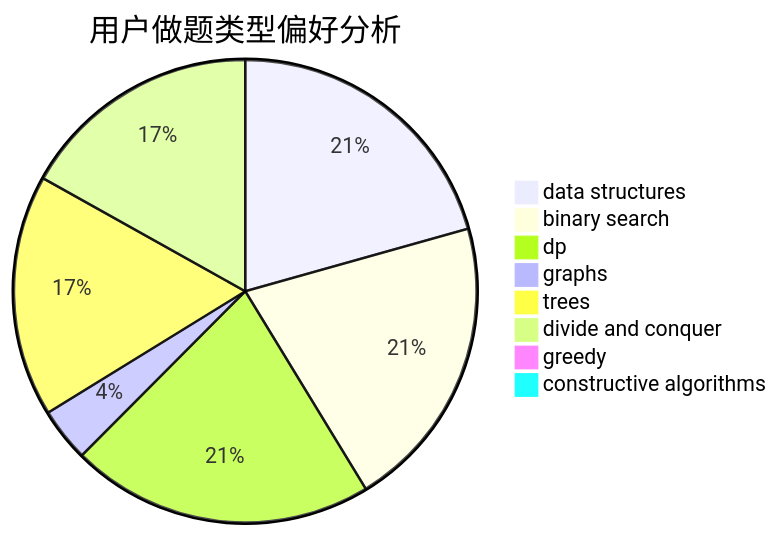
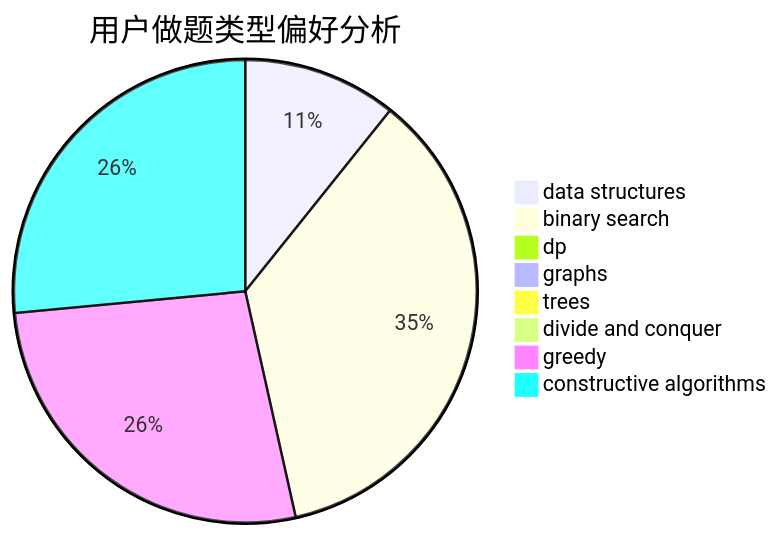
One commit to sherpahu/cfrs.github.io changed the second of 3 diagrams in docs/user/u721.md. Above: the diagram before and after it, drawn with Mermaid. The commit also changed other lines of this file and 2770 other files, not shown here.

````diff
--- a/docs/user/u721.md
+++ b/docs/user/u721.md
@@ -23,11 +23,11 @@
 ```mermaid
 pie title 用户做题类型偏好分析
-    "data structures" :  77
-    "binary search" :  77
-    "dp" :  79
-    "graphs" :  14
-    "trees" :  63
-    "divide and conquer" :  63
-    "greedy" :  1
-    "constructive algorithms" :  1
+    "data structures" :  43
+    "binary search" :  143
+    "dp" :  1
+    "graphs" :  4
+    "trees" :  4
+    "divide and conquer" :  0
+    "greedy" :  108
+    "constructive algorithms" :  106
 ```
````
